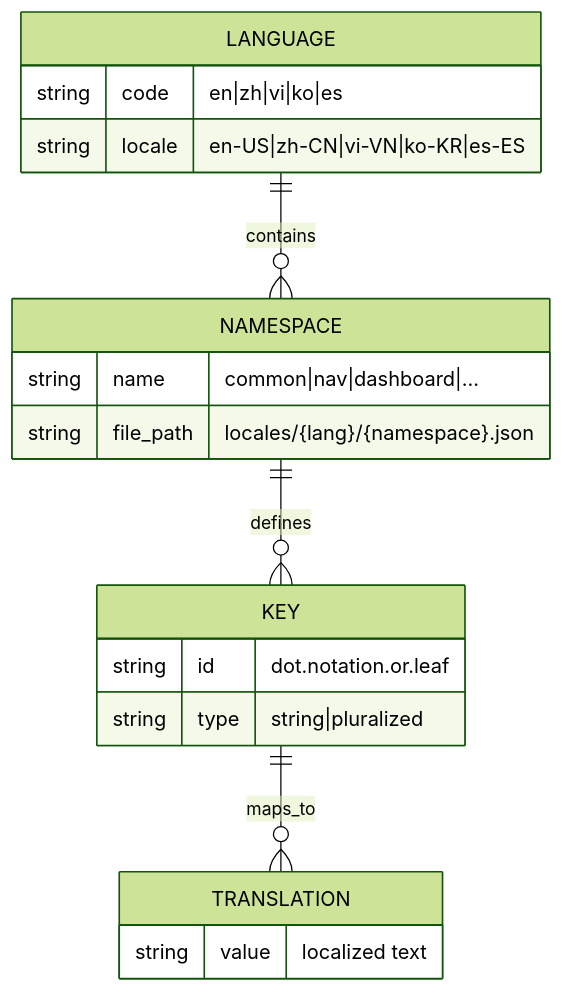
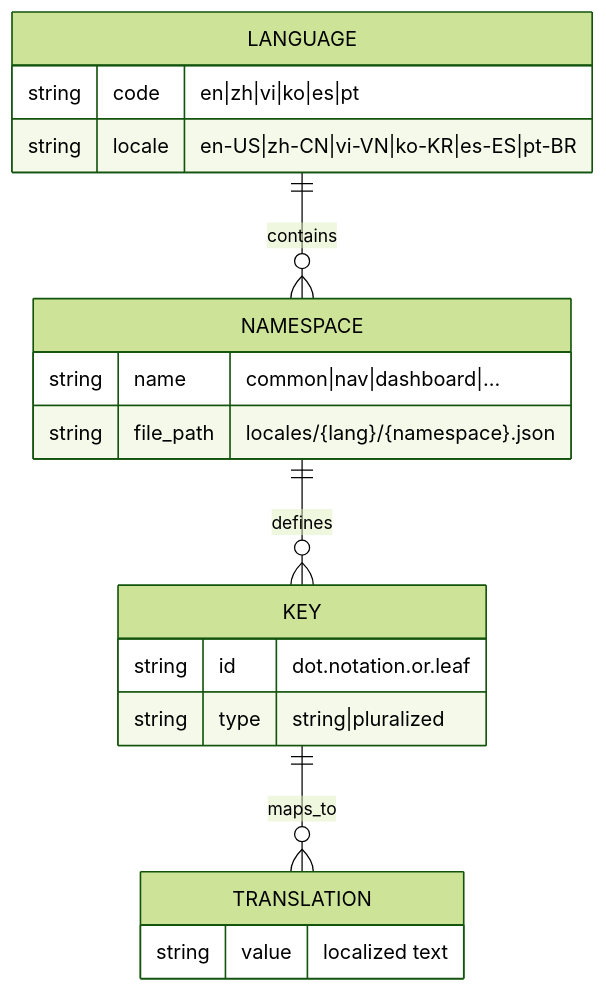
Before and after one commit to hoangsonww/Claude-Code-Agent-Monitor: the second of 7 diagrams in docs/I18N.md, drawn with Mermaid (forest theme). The commit also changed other lines of this file and 27 other files, not shown here.

````diff
--- a/docs/I18N.md
+++ b/docs/I18N.md
@@ -75,22 +75,22 @@
 ```mermaid
 erDiagram
     LANGUAGE ||--o{ NAMESPACE : contains
     NAMESPACE ||--o{ KEY : defines
     KEY ||--o{ TRANSLATION : maps_to
 
     LANGUAGE {
-        string code "en|zh|vi|ko|es"
-        string locale "en-US|zh-CN|vi-VN|ko-KR|es-ES"
+        string code "en|zh|vi|ko|es|pt"
+        string locale "en-US|zh-CN|vi-VN|ko-KR|es-ES|pt-BR"
     }
     NAMESPACE {
         string name "common|nav|dashboard|..."
         string file_path "locales/{lang}/{namespace}.json"
     }
     KEY {
         string id "dot.notation.or.leaf"
         string type "string|pluralized"
     }
     TRANSLATION {
         string value "localized text"
     }
 ```
````
